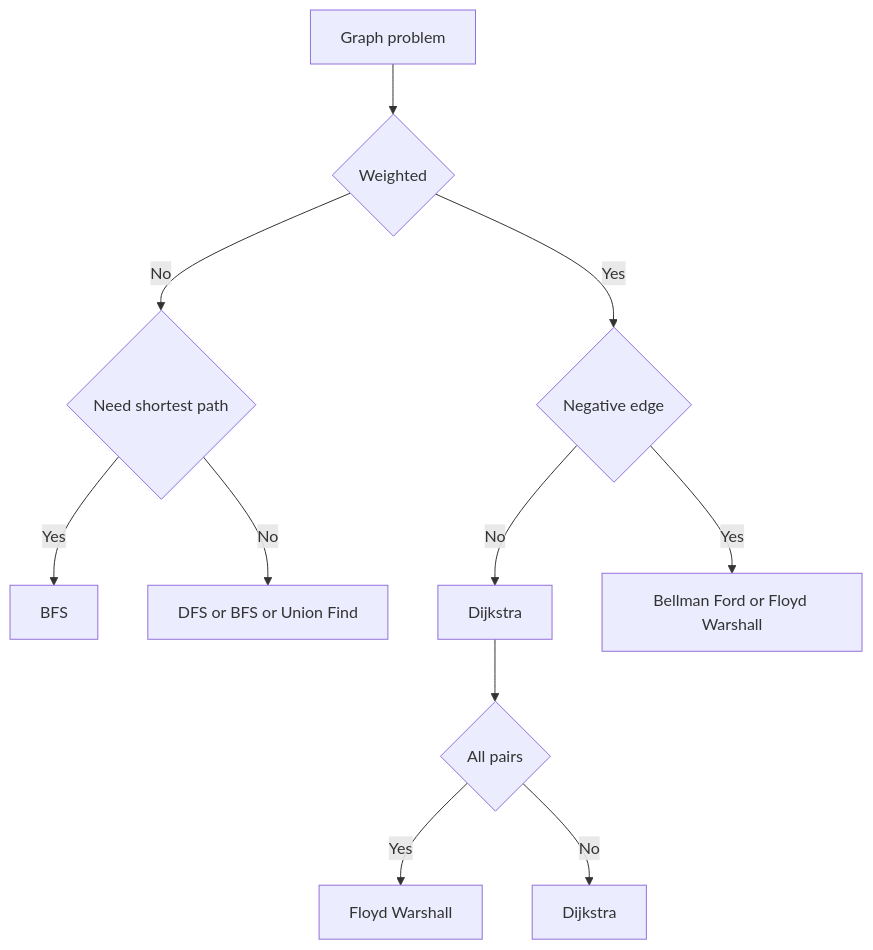
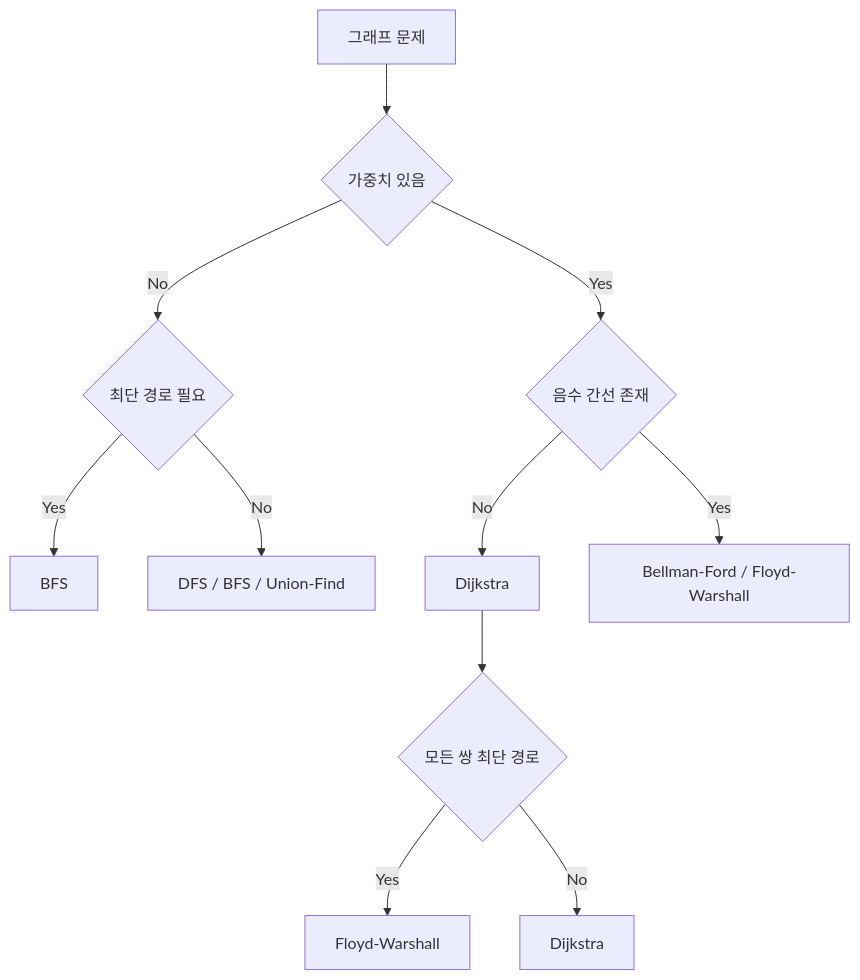
The first of 2 diagrams in _posts/algorithm/2026-03-07-graph.md (mandoobox/mandoobox.github.io), drawn with Mermaid before and after one commit. The commit also changed other lines of this file and 24 other files, not shown here.

Commit message:
feat: mermaid kr

````diff
--- a/_posts/algorithm/2026-03-07-graph.md
+++ b/_posts/algorithm/2026-03-07-graph.md
@@ -206,13 +206,13 @@
 ```mermaid
 flowchart TD
-    A["Graph problem"] --> B{"Weighted"}
-    B -->|No| C{"Need shortest path"}
+    A["그래프 문제"] --> B{"가중치 있음"}
+    B -->|No| C{"최단 경로 필요"}
     C -->|Yes| D["BFS"]
-    C -->|No| E["DFS or BFS or Union Find"]
-    B -->|Yes| F{"Negative edge"}
+    C -->|No| E["DFS / BFS / Union-Find"]
+    B -->|Yes| F{"음수 간선 존재"}
     F -->|No| G["Dijkstra"]
-    F -->|Yes| H["Bellman Ford or Floyd Warshall"]
-    G --> I{"All pairs"}
-    I -->|Yes| J["Floyd Warshall"]
+    F -->|Yes| H["Bellman-Ford / Floyd-Warshall"]
+    G --> I{"모든 쌍 최단 경로"}
+    I -->|Yes| J["Floyd-Warshall"]
     I -->|No| K["Dijkstra"]
 ```
````
